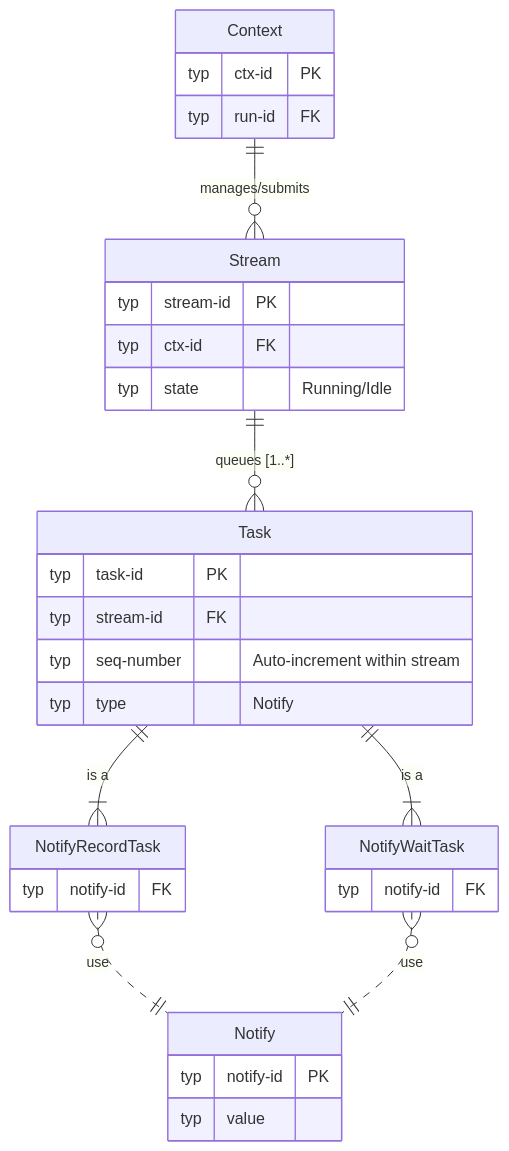
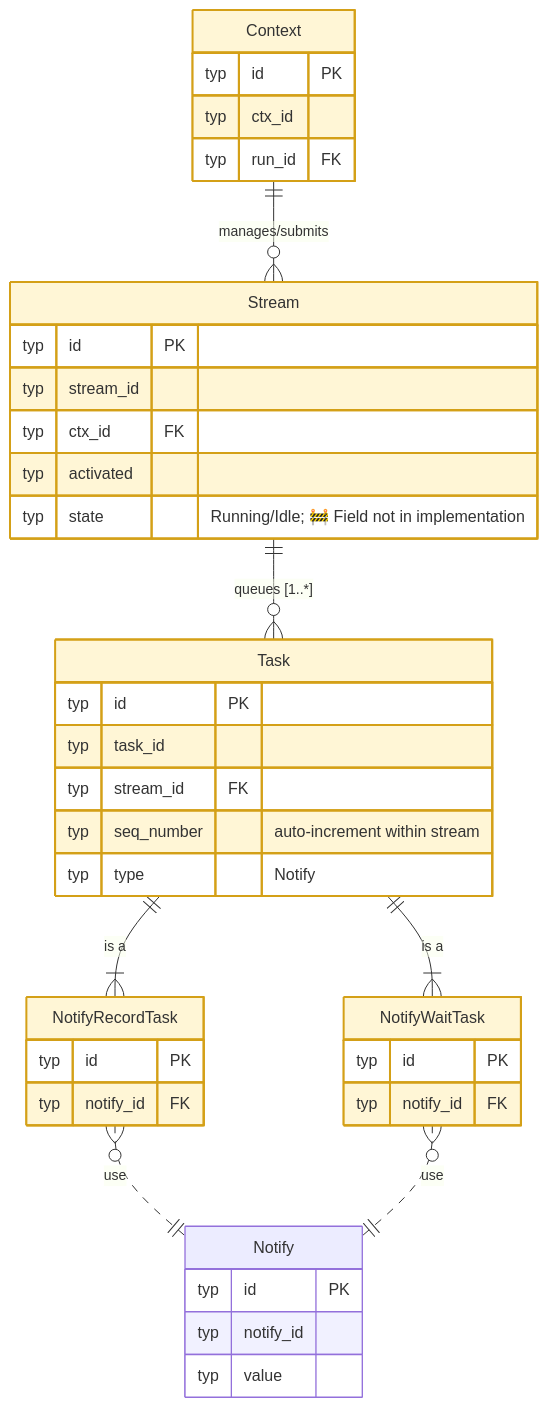
Before and after one commit to Fengfengst123/hcomm-mirror: the ninth of 19 diagrams in test/hccl_vm/docs/simulator_runner_data_model_en.md, drawn with Mermaid. The commit also changed other lines of this file and 701 other files, not shown here.

````diff
--- a/test/hccl_vm/docs/simulator_runner_data_model_en.md
+++ b/test/hccl_vm/docs/simulator_runner_data_model_en.md
@@ -636,44 +796,57 @@
 ```mermaid
 erDiagram
     Context {
-        typ ctx-id PK
-        typ run-id FK
+        typ id PK
+        typ ctx_id
+        typ run_id FK
     }
 
     Stream {
-        typ stream-id PK
-        typ ctx-id FK
-        typ state "Running/Idle"
+        typ id PK
+        typ stream_id
+        typ ctx_id FK
+        typ activated
+        typ state "Running/Idle; 🚧 Field not in implementation"
     }
+    %% Implementation has no state field; running state expressed by activated/capture_status/task_complete_status
 
     %% Stream contains an ordered task list
     Context ||--o{ Stream : "manages/submits"
     Stream ||--o{ Task : "queues [1..*]"
 
     Task {
-        typ task-id PK
-        typ stream-id FK
-        typ seq-number "Auto-increment within stream"
+        typ id PK
+        typ task_id
+        typ stream_id FK
+        typ seq_number "auto-increment within stream"
         typ type "Notify"
     }
 
-    %% Various concrete Task types (logical inheritance)
+    %% Various specific Task types (logical inheritance)
     NotifyRecordTask {
-        typ notify-id  FK
+        typ id PK
+        typ notify_id FK
 
     }
 
     NotifyWaitTask {
-        typ notify-id FK
+        typ id PK
+        typ notify_id FK
     }
 
     NotifyRecordTask }o..|| Notify : "use"
     NotifyWaitTask }o..|| Notify : "use"
     Notify {
-        typ notify-id  PK
+        typ id PK
+        typ notify_id
         typ value
     }
-    %% Inheritance expression (Task has multiple subtypes)
+    %% Logical expression of inheritance (Task has multiple types)
+    %% 🧠 Process-private candidate: Context / Stream / Task (only accessed by src/proxy)
+    %% NotifyRecordTask/NotifyWaitTask distinguished by Task.type (implementation only creates Task table)
     Task ||--|{ NotifyRecordTask : "is a"
     Task ||--|{ NotifyWaitTask : "is a"
+
+    classDef inproc fill:#fff6d6,stroke:#d4a017,stroke-width:2px
+    class Context,Stream,Task,NotifyRecordTask,NotifyWaitTask inproc
 ```
````
